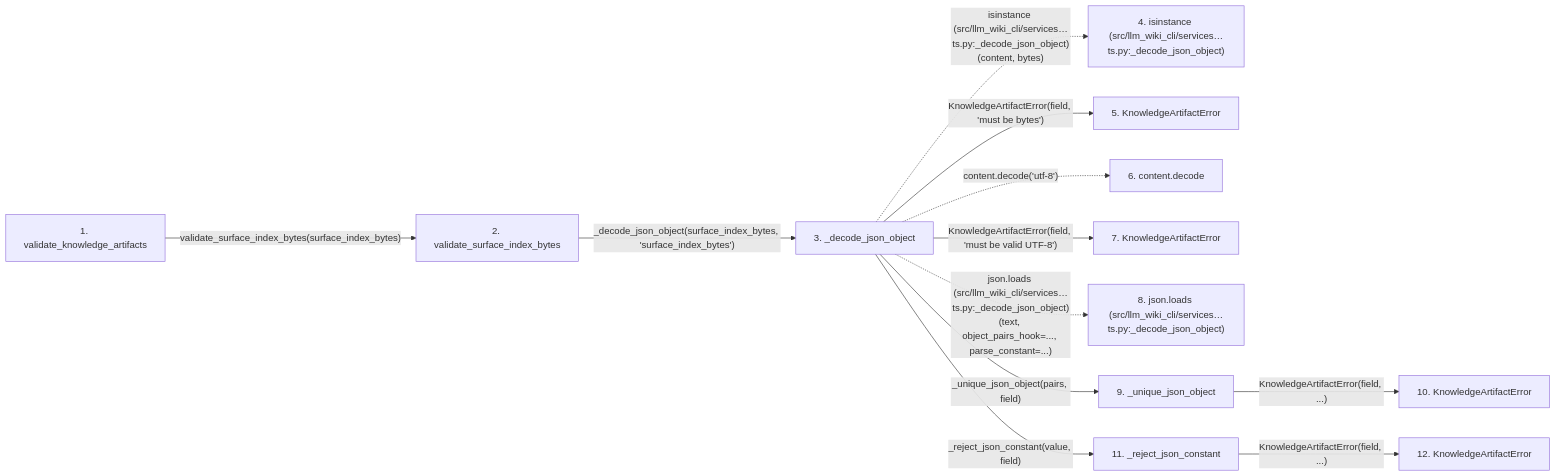
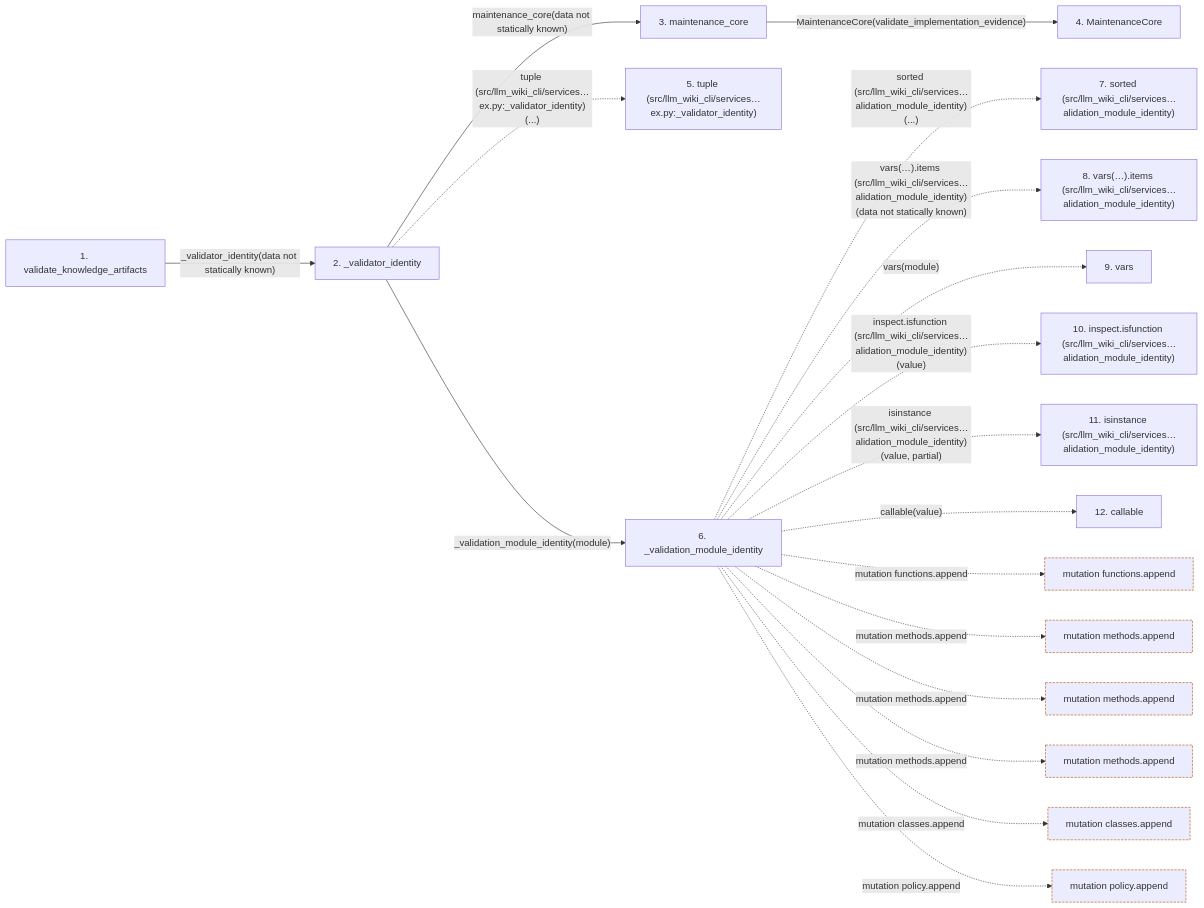
One commit to Denissvgn/python-wiki-llm changed the second of 2 diagrams in docs/llm_wiki/flows/api-validate_knowledge_artifacts.md. Above: the diagram before and after it, drawn with Mermaid. The commit also changed other lines of this file and 627 other files, not shown here.

````diff
--- a/docs/llm_wiki/flows/api-validate_knowledge_artifacts.md
+++ b/docs/llm_wiki/flows/api-validate_knowledge_artifacts.md
@@ -163,35 +163,50 @@
 ```mermaid
 flowchart LR
     s1["1. validate_knowledge_artifacts"]
-    s2["2. validate_surface_index_bytes"]
-    s3["3. _decode_json_object"]
-    s4["4. isinstance (src/llm_wiki_cli/services…ts.py:_decode_json_object)"]
-    s5["5. KnowledgeArtifactError"]
-    s6["6. content.decode"]
-    s7["7. KnowledgeArtifactError"]
-    s8["8. json.loads (src/llm_wiki_cli/services…ts.py:_decode_json_object)"]
-    s9["9. _unique_json_object"]
-    s10["10. KnowledgeArtifactError"]
-    s11["11. _reject_json_constant"]
-    s12["12. KnowledgeArtifactError"]
-    s1 -->|"validate_surface_index_bytes(surface_index_bytes)"| s2
-    s2 -->|"_decode_json_object(surface_index_bytes, 'surface_index_bytes')"| s3
-    s3 -. "isinstance (src/llm_wiki_cli/services…ts.py:_decode_json_object)(content, bytes)" .-> s4
-    s3 -->|"KnowledgeArtifactError(field, 'must be bytes')"| s5
-    s3 -. "content.decode('utf-8')" .-> s6
-    s3 -->|"KnowledgeArtifactError(field, 'must be valid UTF-8')"| s7
-    s3 -. "json.loads (src/llm_wiki_cli/services…ts.py:_decode_json_object)(text, object_pairs_hook=..., parse_constant=...)" .-> s8
-    s3 -->|"_unique_json_object(pairs, field)"| s9
-    s9 -->|"KnowledgeArtifactError(field, ...)"| s10
-    s3 -->|"_reject_json_constant(value, field)"| s11
-    s11 -->|"KnowledgeArtifactError(field, ...)"| s12
+    s2["2. _validator_identity"]
+    s3["3. maintenance_core"]
+    s4["4. MaintenanceCore"]
+    s5["5. tuple (src/llm_wiki_cli/services…ex.py:_validator_identity)"]
+    s6["6. _validation_module_identity"]
+    s7["7. sorted (src/llm_wiki_cli/services…alidation_module_identity)"]
+    s8["8. vars(…).items (src/llm_wiki_cli/services…alidation_module_identity)"]
+    s9["9. vars"]
+    s10["10. inspect.isfunction (src/llm_wiki_cli/services…alidation_module_identity)"]
+    s11["11. isinstance (src/llm_wiki_cli/services…alidation_module_identity)"]
+    s12["12. callable"]
+    s1 -->|"_validator_identity(data not statically known)"| s2
+    s2 -->|"maintenance_core(data not statically known)"| s3
+    s3 -->|"MaintenanceCore(validate_implementation_evidence)"| s4
+    s2 -. "tuple (src/llm_wiki_cli/services…ex.py:_validator_identity)(...)" .-> s5
+    s2 -->|"_validation_module_identity(module)"| s6
+    s6 -. "sorted (src/llm_wiki_cli/services…alidation_module_identity)(...)" .-> s7
+    s6 -. "vars(…).items (src/llm_wiki_cli/services…alidation_module_identity)(data not statically known)" .-> s8
+    s6 -. "vars(module)" .-> s9
+    s6 -. "inspect.isfunction (src/llm_wiki_cli/services…alidation_module_identity)(value)" .-> s10
+    s6 -. "isinstance (src/llm_wiki_cli/services…alidation_module_identity)(value, partial)" .-> s11
+    s6 -. "callable(value)" .-> s12
+    b0["mutation functions.append"]
+    s6 -. "mutation functions.append" .-> b0
+    b1["mutation methods.append"]
+    s6 -. "mutation methods.append" .-> b1
+    b2["mutation methods.append"]
+    s6 -. "mutation methods.append" .-> b2
+    b3["mutation methods.append"]
+    s6 -. "mutation methods.append" .-> b3
+    b4["mutation classes.append"]
+    s6 -. "mutation classes.append" .-> b4
+    b5["mutation policy.append"]
+    s6 -. "mutation policy.append" .-> b5
     click s1 "../modules/knowledge_artifacts.md"
-    click s2 "../modules/knowledge_artifacts.md"
-    click s3 "../modules/knowledge_artifacts.md"
-    click s5 "../modules/knowledge_artifacts.md"
-    click s7 "../modules/knowledge_artifacts.md"
-    click s9 "../modules/knowledge_artifacts.md"
-    click s10 "../modules/knowledge_artifacts.md"
-    click s11 "../modules/knowledge_artifacts.md"
-    click s12 "../modules/knowledge_artifacts.md"
+    click s2 "../modules/knowledge_index.md"
+    click s3 "../modules/maintenance_state.md"
+    click s4 "../modules/maintenance_state.md"
+    click s6 "../modules/knowledge_index.md"
+    classDef boundary stroke:#b45309,stroke-dasharray: 4 2
+    class b0 boundary
+    class b1 boundary
+    class b2 boundary
+    class b3 boundary
+    class b4 boundary
+    class b5 boundary
 ```
````
